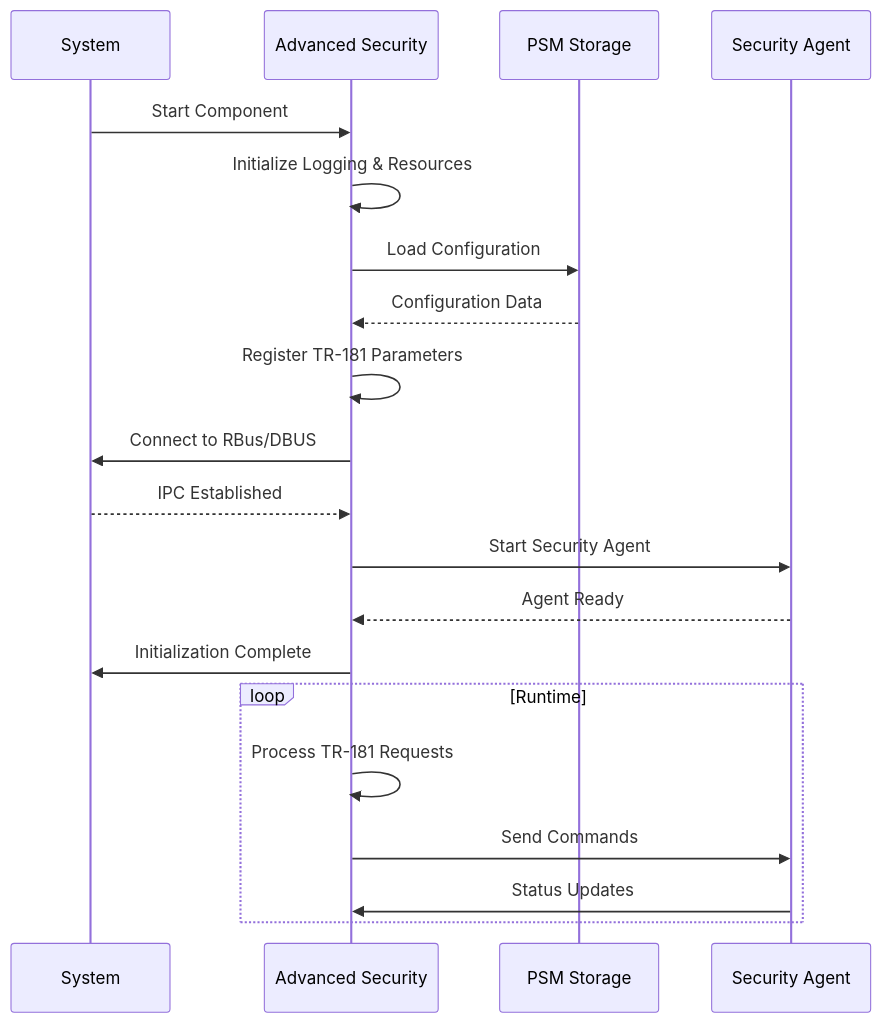
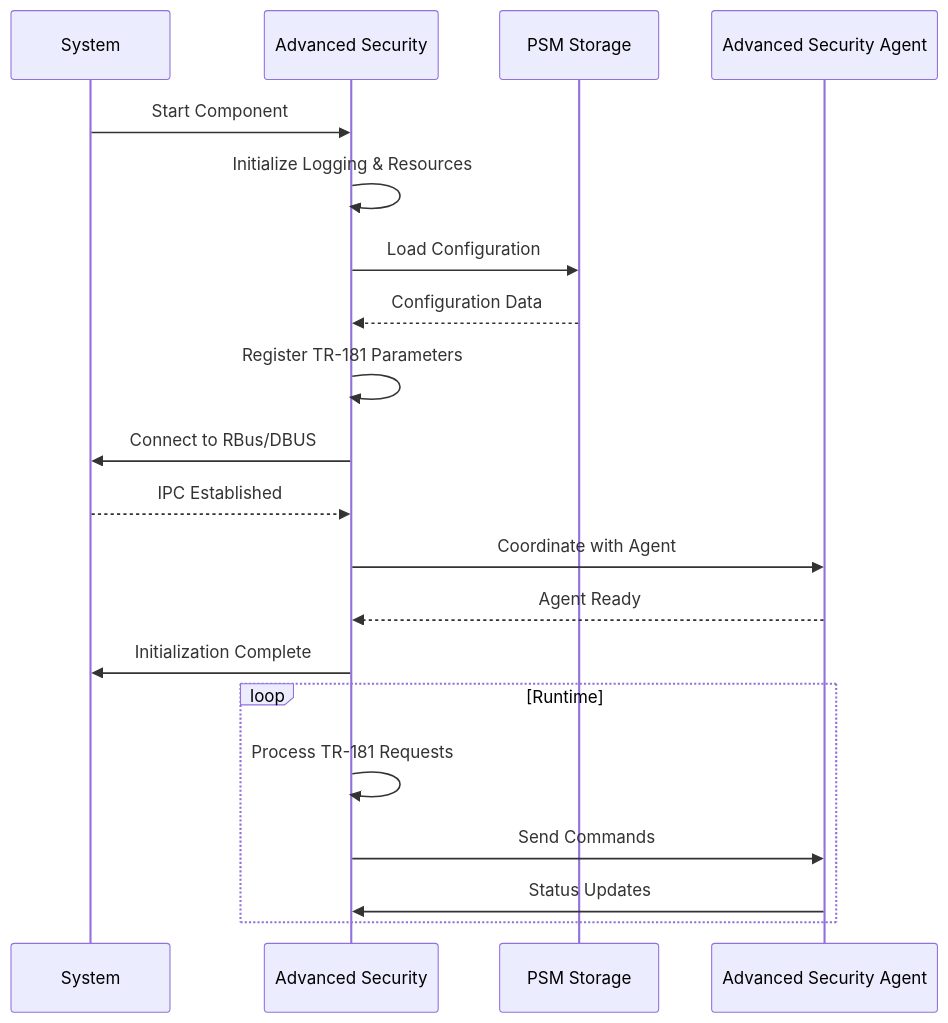
The third of 7 diagrams in README.md (rdkcentral/advanced-security), drawn with Mermaid before and after one commit. The commit also changed other lines of this file, not shown here.

````diff
--- a/README.md
+++ b/README.md
@@ -186,24 +181,24 @@
 ```mermaid
 sequenceDiagram
     participant System
     participant AdvSec as Advanced Security
     participant PSM as PSM Storage
-    participant Agent as Security Agent
+    participant Agent as Advanced Security Agent
 
     System->>AdvSec: Start Component
     AdvSec->>AdvSec: Initialize Logging & Resources
     AdvSec->>PSM: Load Configuration
     PSM-->>AdvSec: Configuration Data
     AdvSec->>AdvSec: Register TR-181 Parameters
     AdvSec->>System: Connect to RBus/DBUS
     System-->>AdvSec: IPC Established
-    AdvSec->>Agent: Start Security Agent
+    AdvSec->>Agent: Coordinate with Agent
     Agent-->>AdvSec: Agent Ready
     AdvSec->>System: Initialization Complete
     
     loop Runtime
         AdvSec->>AdvSec: Process TR-181 Requests
         AdvSec->>Agent: Send Commands
         Agent->>AdvSec: Status Updates
     end
 ```
````
